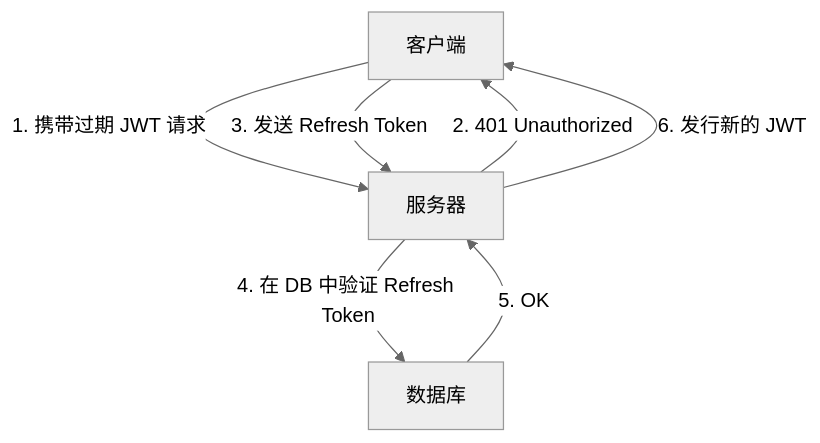
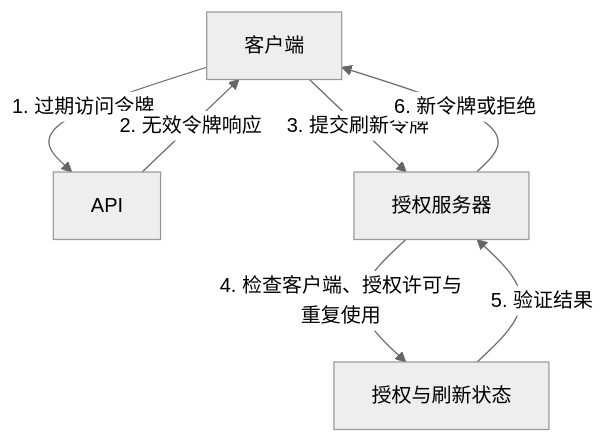
Before and after one commit to kenjinote/blog: the third of 3 diagrams in content/post/jwt-json-web-token-security-risks/index.zh-cn.md, drawn with Mermaid (neutral theme). The commit also changed other lines of this file and 5 other files, not shown here.

Commit message:
Proofread both Chinese JWT articles and inspect translated security diagrams

````diff
--- a/content/post/jwt-json-web-token-security-risks/index.zh-cn.md
+++ b/content/post/jwt-json-web-token-security-risks/index.zh-cn.md
@@ -103,9 +84,9 @@
 ```mermaid
 graph TD
-    A["客户端"] -- "1. 携带过期 JWT 请求" --> B["服务器"]
-    B -- "2. 401 Unauthorized" --> A
-    A -- "3. 发送 Refresh Token" --> B
-    B -- "4. 在 DB 中验证 Refresh Token" --> C["数据库"]
-    C -- "5. OK" --> B
-    B -- "6. 发行新的 JWT" --> A
+    A["客户端"] -- "1. 过期访问令牌" --> B["API"]
+    B -- "2. 无效令牌响应" --> A
+    A -- "3. 提交刷新令牌" --> C["授权服务器"]
+    C -- "4. 检查客户端、授权许可与重复使用" --> D["授权与刷新状态"]
+    D -- "5. 验证结果" --> C
+    C -- "6. 新令牌或拒绝" --> A
 ```
````
